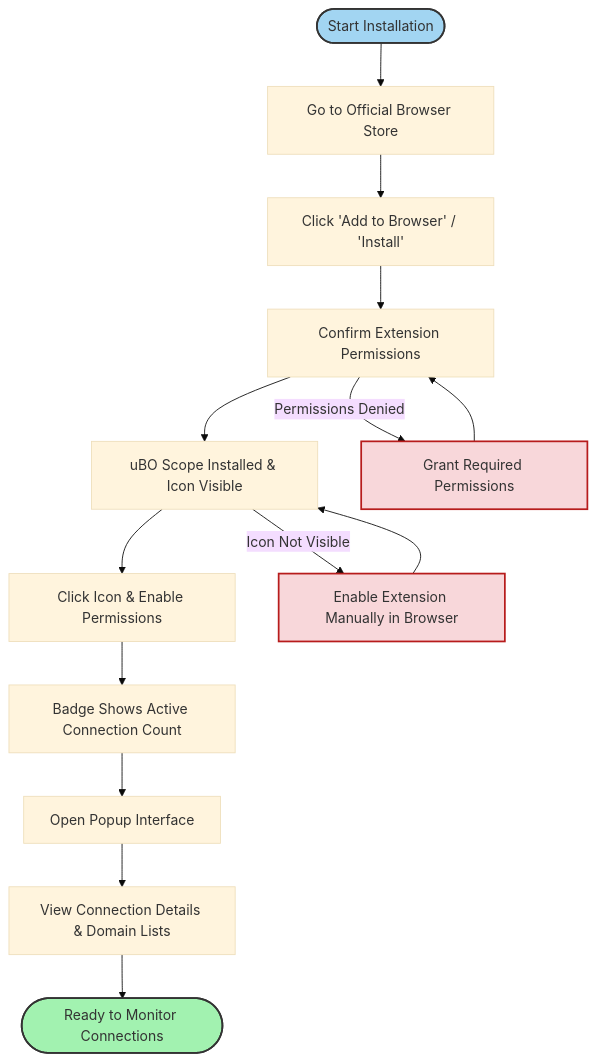
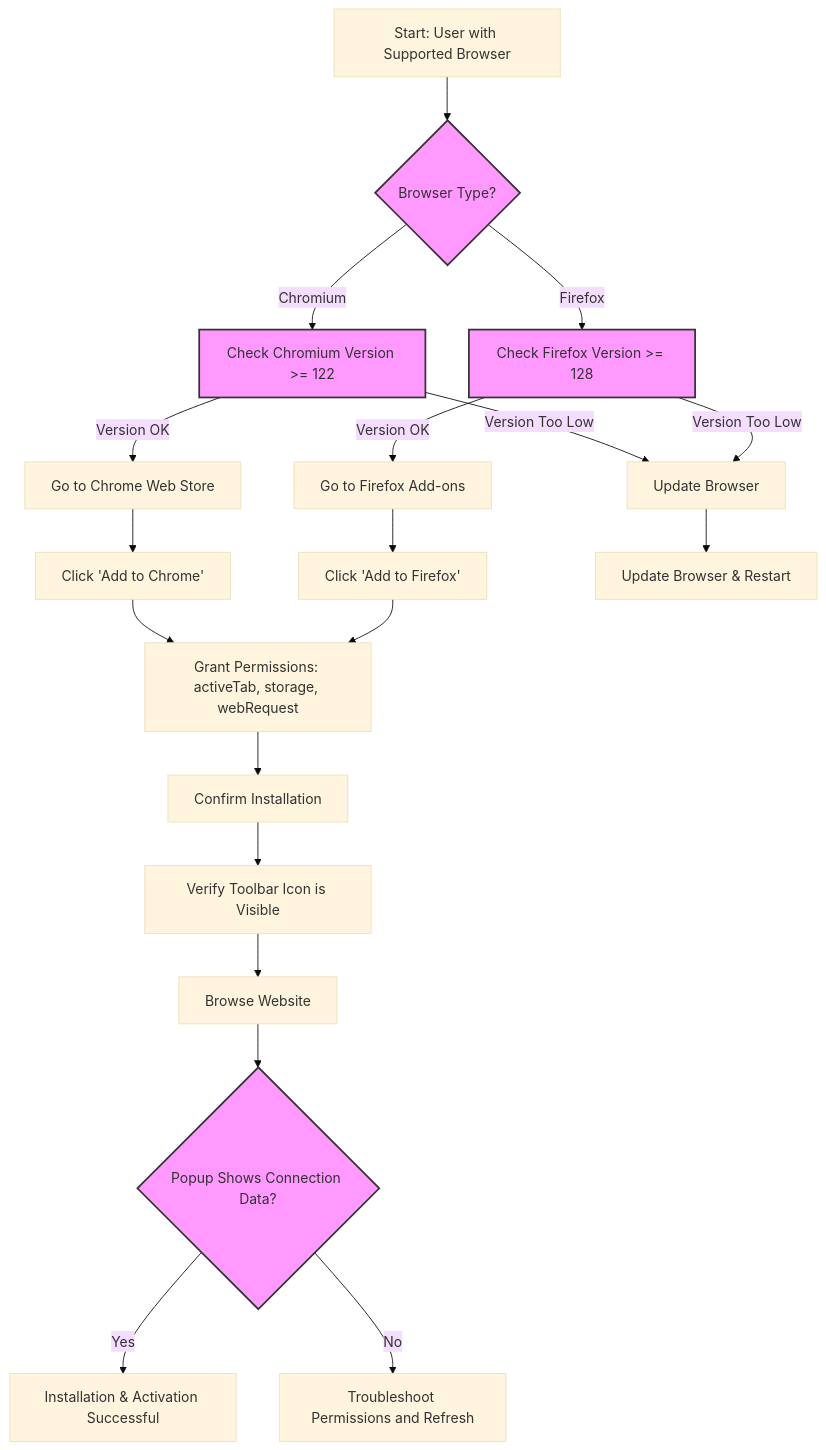
The diagram in guides/getting-started/installation-activation.mdx (clidey/docucod-public-project-adf15a81-508f-4f0d-9083-12549e1f66a0), drawn with Mermaid (base theme) before and after one commit. The commit also changed other lines of this file and 19 other files, not shown here.

````diff
--- a/guides/getting-started/installation-activation.mdx
+++ b/guides/getting-started/installation-activation.mdx
@@ -132,24 +162,25 @@
 ```mermaid
 flowchart TD
-    Start([Start Installation]) --> GoStore["Go to Official Browser Store"]
-    GoStore --> ClickAdd["Click 'Add to Browser' / 'Install'"]
-    ClickAdd --> ConfirmPerms["Confirm Extension Permissions"]
-    ConfirmPerms --> Installed["uBO Scope Installed & Icon Visible"]
-    Installed --> Activate["Click Icon & Enable Permissions"]
-    Activate --> BadgeActive["Badge Shows Active Connection Count"]
-    BadgeActive --> OpenPopup["Open Popup Interface"]
-    OpenPopup --> DisplayData["View Connection Details & Domain Lists"]
-    DisplayData --> End([Ready to Monitor Connections])
+  A[Start: User with Supported Browser] --> B{Browser Type?}
+  B -->|Chromium| C[Check Chromium Version >= 122]
+  B -->|Firefox| D[Check Firefox Version >= 128]
+  C -->|Version OK| E[Go to Chrome Web Store]
+  C -->|Version Too Low| F[Update Browser]
+  D -->|Version OK| G[Go to Firefox Add-ons]
+  D -->|Version Too Low| F
+  E --> H[Click 'Add to Chrome']
+  G --> I[Click 'Add to Firefox']
+  H --> J[Grant Permissions: activeTab, storage, webRequest]
+  I --> J
+  J --> K[Confirm Installation]
+  K --> L[Verify Toolbar Icon is Visible]
+  L --> M[Browse Website]
+  M --> N{Popup Shows Connection Data?}
+  N -->|Yes| O[Installation & Activation Successful]
+  N -->|No| P[Troubleshoot Permissions and Refresh]
+  F --> Q[Update Browser & Restart]
 
-    %% Error Handling
-    ConfirmPerms -->|Permissions Denied| PermsError["Grant Required Permissions"]
-    PermsError --> ConfirmPerms
-
-    Installed -->|Icon Not Visible| IconHelp["Enable Extension Manually in Browser"]
-    IconHelp --> Installed
-
-    style Start fill:#a2d5f2,stroke:#333,stroke-width:2px
-    style End fill:#a2f2b0,stroke:#333,stroke-width:2px
-    classDef error fill:#f8d7da,stroke:#b71c1c,stroke-width:2px;
-    class PermsError,IconHelp error
+  %% Styling
+  classDef decision fill:#f9f,stroke:#333,stroke-width:2px;
+  class B,C,D,N decision;
 ```
````
